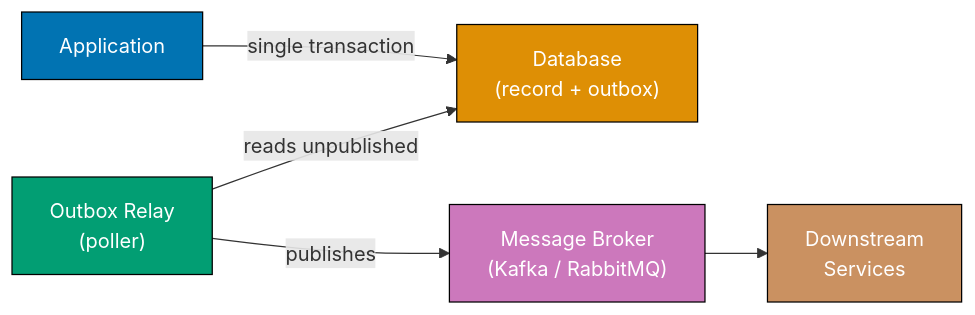
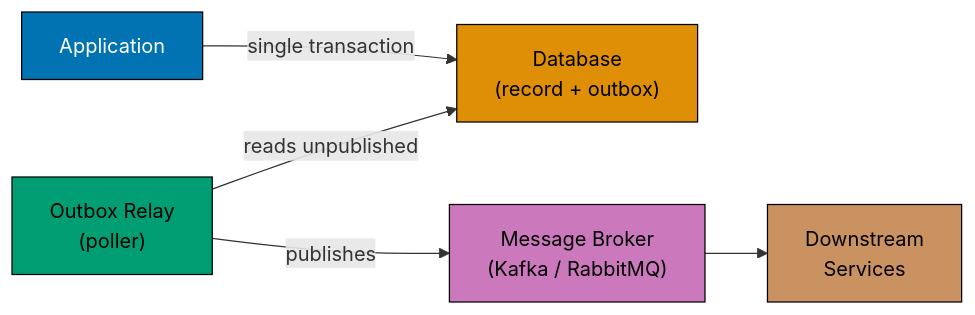
Before and after one commit to wahidyankf/ose-public: diagram 16 of 18 in apps/ayokoding-www/content/en/learn/legacy/software-engineering/software-architecture/patterns-and-principles/in-oop-by-example/advanced.md, drawn with Mermaid. The commit also changed other lines of this file and 78 other files, not shown here.

First line of the commit message:
fix(mermaid): bring the remaining legacy software-engineering diagrams onto the accessible palette

````diff
--- a/apps/ayokoding-www/content/en/learn/legacy/software-engineering/software-architecture/patterns-and-principles/in-oop-by-example/advanced.md
+++ b/apps/ayokoding-www/content/en/learn/legacy/software-engineering/software-architecture/patterns-and-principles/in-oop-by-example/advanced.md
@@ -7287,13 +7377,21 @@
 ```mermaid
 graph LR
+    accTitle: Example 82: Outbox Pattern for Reliable Event Publishing
+    accDescr: Graph with 5 nodes and 4 connections. Nodes: Application, Database (record + outbox), Outbox Relay (poller), Message Broker (Kafka / RabbitMQ), Downstream Services. Connections: Application to Database (record + outbox) (single transaction), Outbox Relay (poller) to Database (record + outbox) (reads unpublished), Outbox Relay (poller) to Message Broker (Kafka / RabbitMQ) (publishes), Message Broker (Kafka / RabbitMQ) to Downstream Services.
     App["Application"] -->|"single transaction"| DB["Database<br/>(record + outbox)"]
     Relay["Outbox Relay<br/>(poller)"] -->|"reads unpublished"| DB
     Relay -->|"publishes"| Broker["Message Broker<br/>(Kafka / RabbitMQ)"]
     Broker --> Consumers["Downstream<br/>Services"]
 
-    style App fill:#0173B2,stroke:#000,color:#fff
-    style DB fill:#DE8F05,stroke:#000,color:#fff
-    style Relay fill:#029E73,stroke:#000,color:#fff
-    style Broker fill:#CC78BC,stroke:#000,color:#fff
-    style Consumers fill:#CA9161,stroke:#000,color:#fff
+    classDef pal-0173B2 fill:#0173B2,stroke:#000000,color:#FFFFFF
+    class App pal-0173B2
+    classDef pal-DE8F05 fill:#DE8F05,stroke:#000000,color:#000000
+    class DB pal-DE8F05
+    classDef pal-029E73 fill:#029E73,stroke:#000000,color:#000000
+    class Relay pal-029E73
+    classDef pal-CC78BC fill:#CC78BC,stroke:#000000,color:#000000
+    class Broker pal-CC78BC
+    classDef pal-CA9161 fill:#CA9161,stroke:#000000,color:#000000
+    class Consumers pal-CA9161
+    classDef default fill:#FFFFFF,stroke:#000000,color:#000000
 ```
````
